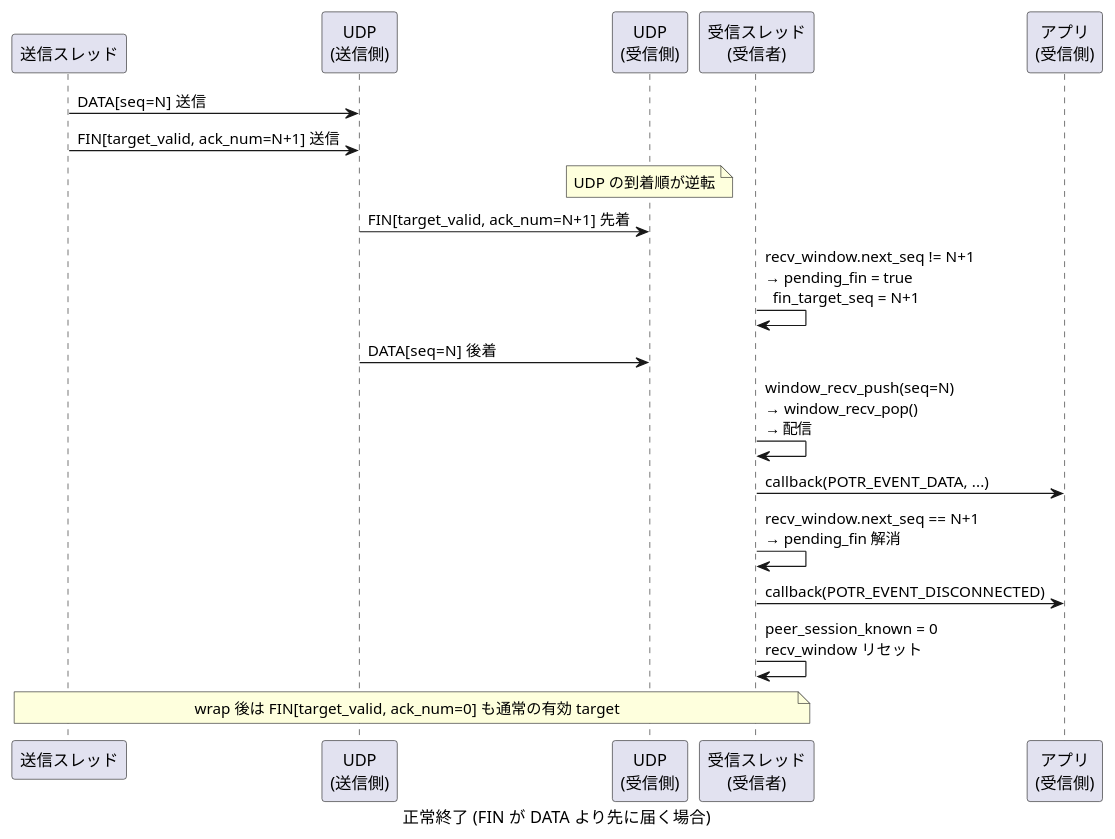
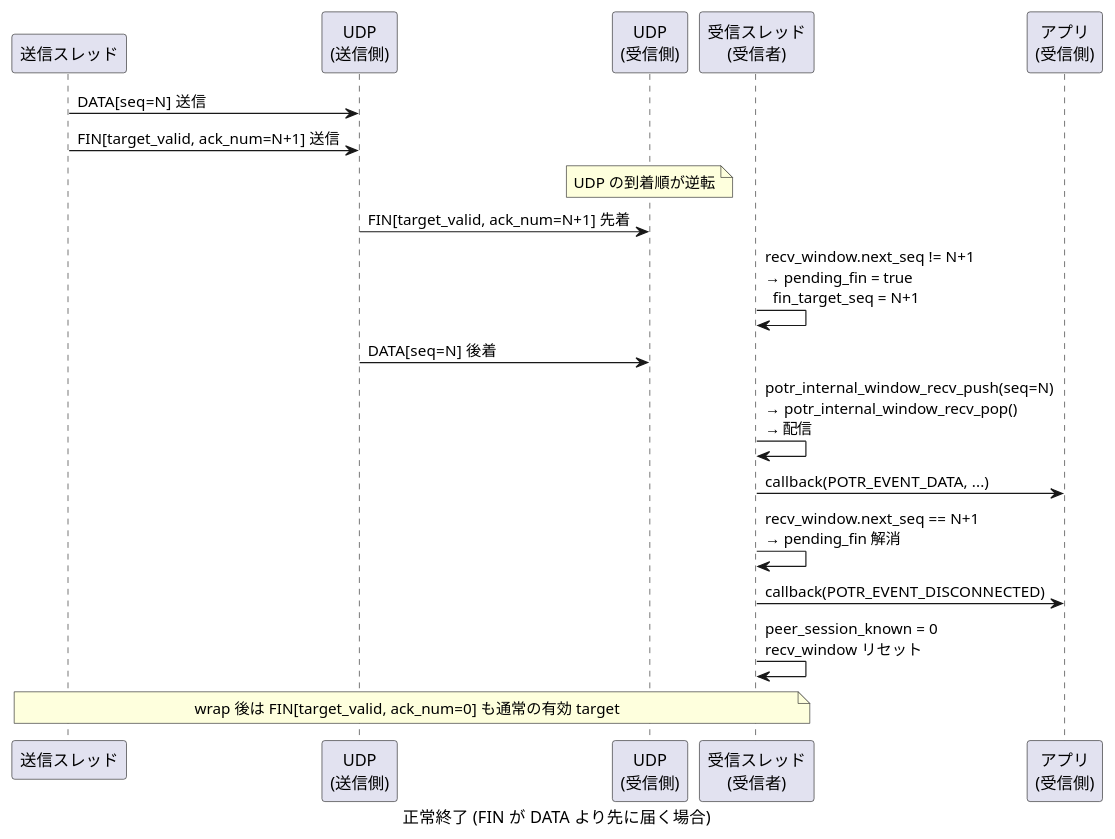
One commit to Hondarer/app_porter changed diagram 13 of 30 in docs/sequence.md. Above: the diagram before and after it, drawn with PlantUML. The commit also changed other lines of this file and 148 other files, not shown here.

````diff
--- a/docs/sequence.md
+++ b/docs/sequence.md
@@ -482,29 +482,29 @@
 ```plantuml
 @startuml 正常終了 FIN pending
 caption 正常終了 (FIN が DATA より先に届く場合)
 
 participant "送信スレッド" as ST
 participant "UDP\n(送信側)" as SUDP
 participant "UDP\n(受信側)" as RUDP
 participant "受信スレッド\n(受信者)" as RRT
 participant "アプリ\n(受信側)" as RAPP
 
 ST -> SUDP: DATA[seq=N] 送信
 ST -> SUDP: FIN[target_valid, ack_num=N+1] 送信
 
 note over RUDP: UDP の到着順が逆転
 
 SUDP -> RUDP: FIN[target_valid, ack_num=N+1] 先着
 RRT -> RRT: recv_window.next_seq != N+1\n→ pending_fin = true\n  fin_target_seq = N+1
 
 SUDP -> RUDP: DATA[seq=N] 後着
-RRT -> RRT: window_recv_push(seq=N)\n→ window_recv_pop()\n→ 配信
+RRT -> RRT: potr_internal_window_recv_push(seq=N)\n→ potr_internal_window_recv_pop()\n→ 配信
 RRT -> RAPP: callback(POTR_EVENT_DATA, ...)
 RRT -> RRT: recv_window.next_seq == N+1\n→ pending_fin 解消
 RRT -> RAPP: callback(POTR_EVENT_DISCONNECTED)
 RRT -> RRT: peer_session_known = 0\nrecv_window リセット
 
 note over ST,RRT: wrap 後は FIN[target_valid, ack_num=0] も通常の有効 target
 
 @enduml
 ```
````
